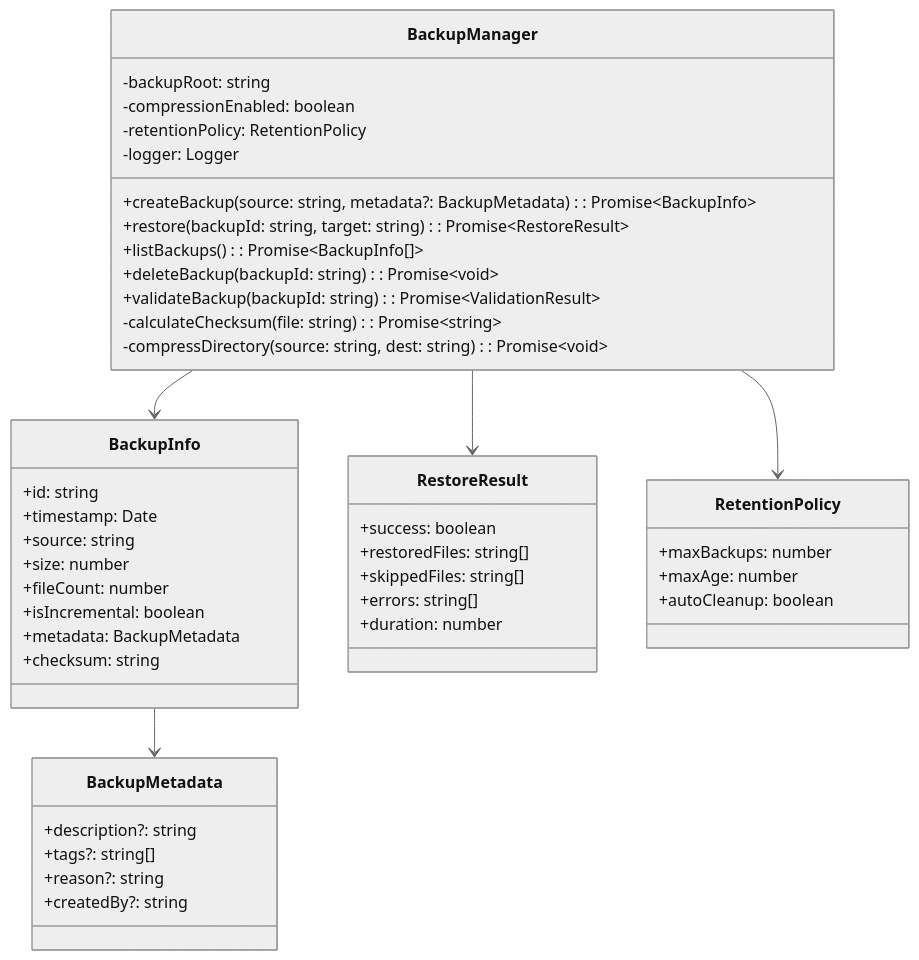
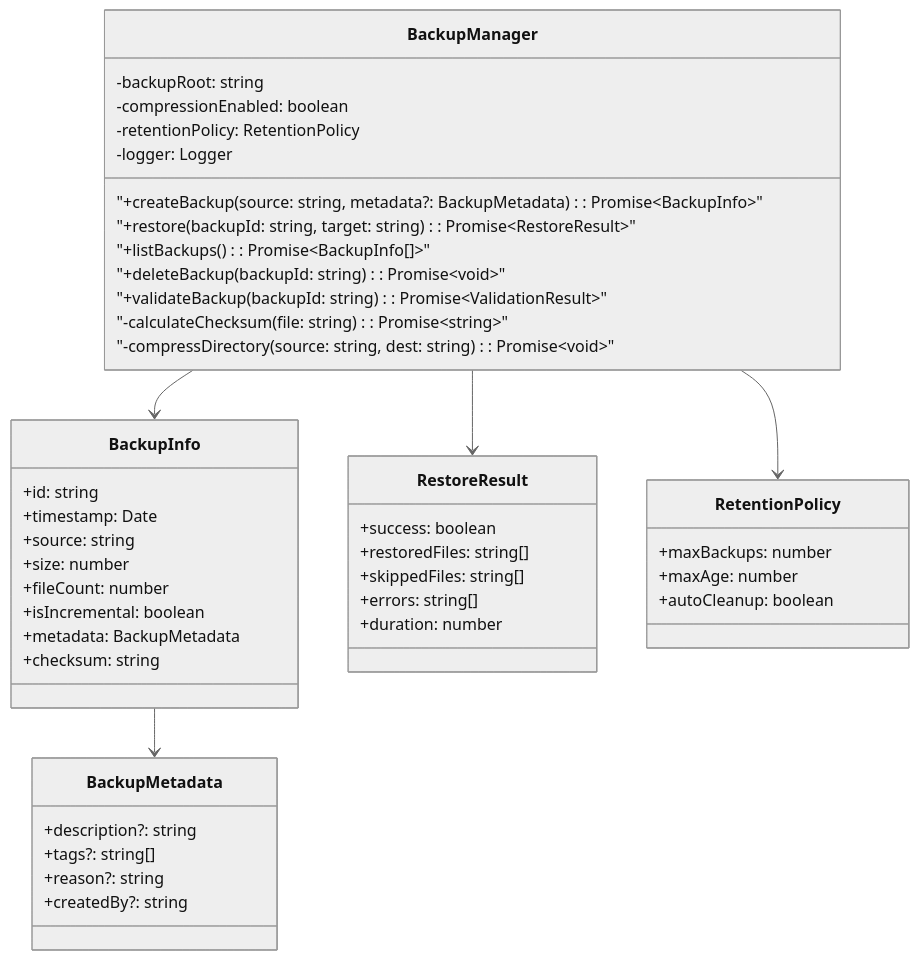
The sixth of 9 diagrams in docs/reference/core-modules.md (modu-ai/moai-adk), drawn with Mermaid (neutral theme) before and after one commit. The commit also changed other lines of this file and 19 other files, not shown here.

First line of the commit message:
🎨 fix: docs 전체 Mermaid 다이어그램 특수문자 오류 수정 (19개 파일)

````diff
--- a/docs/reference/core-modules.md
+++ b/docs/reference/core-modules.md
@@ -952,53 +952,53 @@
 ```mermaid
 classDiagram
     class BackupManager {
         -backupRoot: string
         -compressionEnabled: boolean
         -retentionPolicy: RetentionPolicy
         -logger: Logger
-        +createBackup(source: string, metadata?: BackupMetadata): Promise~BackupInfo~
-        +restore(backupId: string, target: string): Promise~RestoreResult~
-        +listBackups(): Promise~BackupInfo[]~
-        +deleteBackup(backupId: string): Promise~void~
-        +validateBackup(backupId: string): Promise~ValidationResult~
-        -calculateChecksum(file: string): Promise~string~
-        -compressDirectory(source: string, dest: string): Promise~void~
+        "+createBackup(source: string, metadata?: BackupMetadata): Promise~BackupInfo~"
+        "+restore(backupId: string, target: string): Promise~RestoreResult~"
+        "+listBackups(): Promise~BackupInfo[]~"
+        "+deleteBackup(backupId: string): Promise~void~"
+        "+validateBackup(backupId: string): Promise~ValidationResult~"
+        "-calculateChecksum(file: string): Promise~string~"
+        "-compressDirectory(source: string, dest: string): Promise~void~"
     }
 
     class BackupInfo {
         +id: string
         +timestamp: Date
         +source: string
         +size: number
         +fileCount: number
         +isIncremental: boolean
         +metadata: BackupMetadata
         +checksum: string
     }
 
     class BackupMetadata {
         +description?: string
         +tags?: string[]
         +reason?: string
         +createdBy?: string
     }
 
     class RestoreResult {
         +success: boolean
         +restoredFiles: string[]
         +skippedFiles: string[]
         +errors: string[]
         +duration: number
     }
 
     class RetentionPolicy {
         +maxBackups: number
         +maxAge: number
         +autoCleanup: boolean
     }
 
     BackupManager --> BackupInfo
     BackupManager --> RestoreResult
     BackupManager --> RetentionPolicy
     BackupInfo --> BackupMetadata
 ```
````
